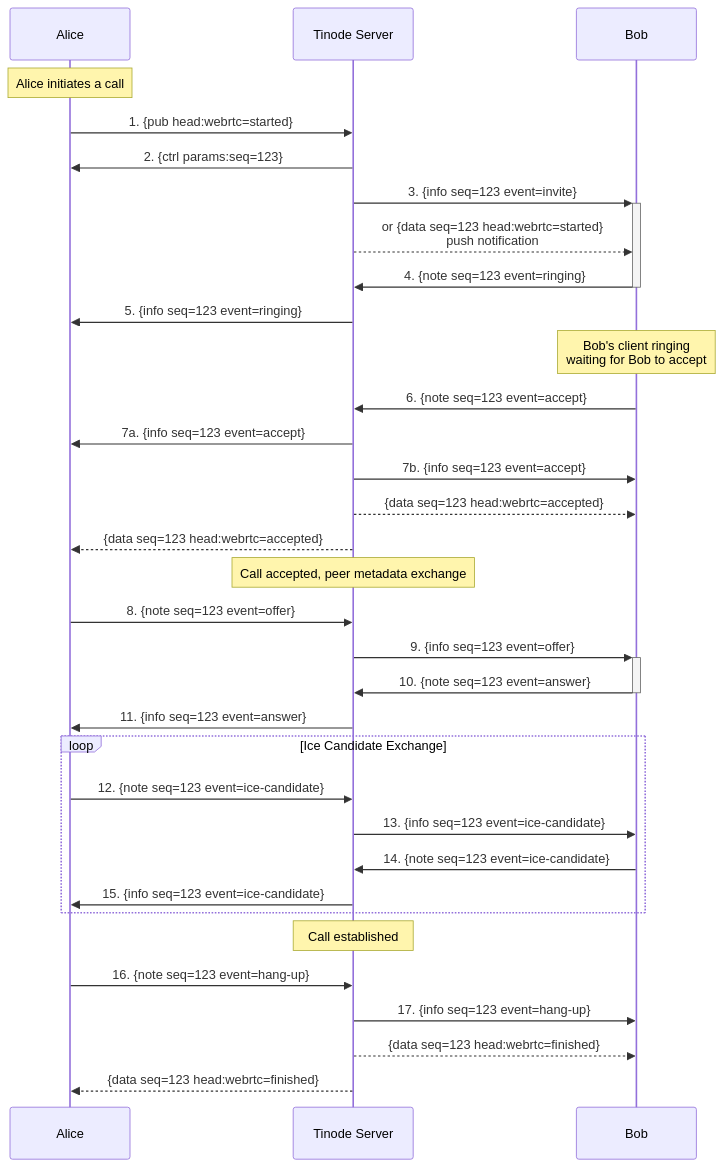
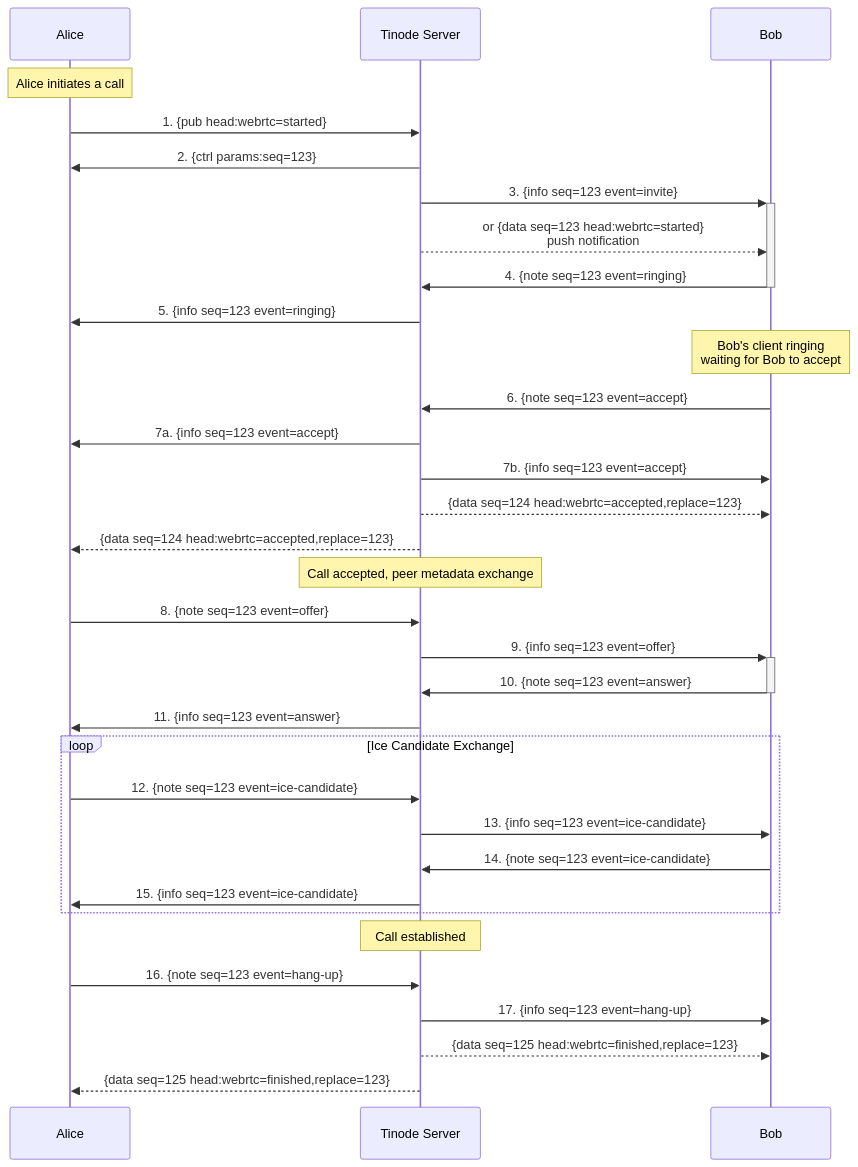
Before and after one commit to tinode/chat: the diagram in docs/call-establishment.md, drawn with Mermaid.

Commit message:
correction to seq values in diagram

````diff
--- a/docs/call-establishment.md
+++ b/docs/call-establishment.md
@@ -17,35 +17,35 @@
 ```mermaid
 sequenceDiagram
     participant A as Alice
     participant S as Tinode Server
     participant B as Bob
     Note over A: Alice initiates a call
     A->>S: 1. {pub head:webrtc=started}
     S->>A: 2. {ctrl params:seq=123}
     S->>+B: 3. {info seq=123 event=invite}
     S-->>B: or {data seq=123 head:webrtc=started} <br/> push notification
     B->>-S: 4. {note seq=123 event=ringing}
     S->>A: 5. {info seq=123 event=ringing}
     Note over B: Bob's client ringing<br/>waiting for Bob to accept
     B->>S: 6. {note seq=123 event=accept}
     S->>A: 7a. {info seq=123 event=accept}
     S->>B: 7b. {info seq=123 event=accept}
-    S-->>B: {data seq=123 head:webrtc=accepted}
-    S-->>A: {data seq=123 head:webrtc=accepted}
+    S-->>B: {data seq=124 head:webrtc=accepted,replace=123}
+    S-->>A: {data seq=124 head:webrtc=accepted,replace=123}
     Note over S: Call accepted, peer metadata exchange
     A->>S: 8. {note seq=123 event=offer}
     S->>+B: 9. {info seq=123 event=offer}
     B->>-S: 10. {note seq=123 event=answer}
     S->>A: 11. {info seq=123 event=answer}
     loop Ice Candidate Exchange
         A->>S: 12. {note seq=123 event=ice-candidate}
         S->>B: 13. {info seq=123 event=ice-candidate}
         B->>S: 14. {note seq=123 event=ice-candidate}
         S->>A: 15. {info seq=123 event=ice-candidate}
     end
     Note over S: Call established
     A->>S: 16. {note seq=123 event=hang-up}
     S->>B: 17. {info seq=123 event=hang-up}
-    S-->>B: {data seq=123 head:webrtc=finished}
-    S-->>A: {data seq=123 head:webrtc=finished}
+    S-->>B: {data seq=125 head:webrtc=finished,replace=123}
+    S-->>A: {data seq=125 head:webrtc=finished,replace=123}
 ```
````
